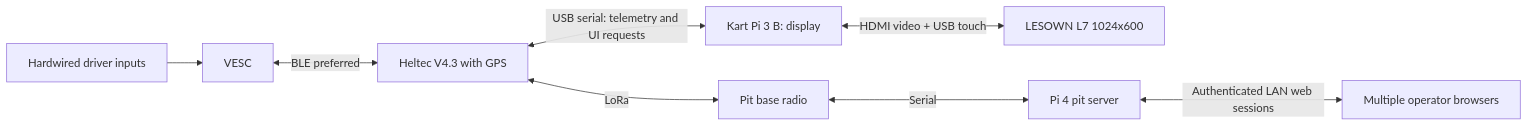
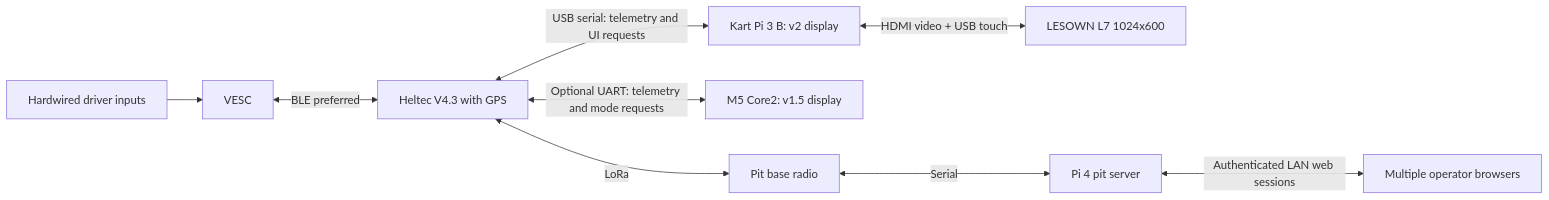
Before and after one commit to 7Hunt3r/GoKart-Control: the diagram in docs/architecture.md, drawn with Mermaid. The commit also changed other lines of this file and 20 other files, not shown here.

Commit message:
Add M5 v1.5 display and optional Heltec UART interface

````diff
--- a/docs/architecture.md
+++ b/docs/architecture.md
@@ -6,10 +6,11 @@
 ```mermaid
 flowchart LR
   D[Hardwired driver inputs] --> V[VESC]
   V <-->|BLE preferred| H[Heltec V4.3 with GPS]
-  H <-->|USB serial: telemetry and UI requests| K[Kart Pi 3 B: display]
+  H <-->|USB serial: telemetry and UI requests| K[Kart Pi 3 B: v2 display]
+  H <-->|Optional UART: telemetry and mode requests| M[M5 Core2: v1.5 display]
   K <-->|HDMI video + USB touch| T[LESOWN L7 1024x600]
   H <-->|LoRa| B[Pit base radio]
   B <-->|Serial| P[Pi 4 pit server]
   P <-->|Authenticated LAN web sessions| C[Multiple operator browsers]
 ```
````
